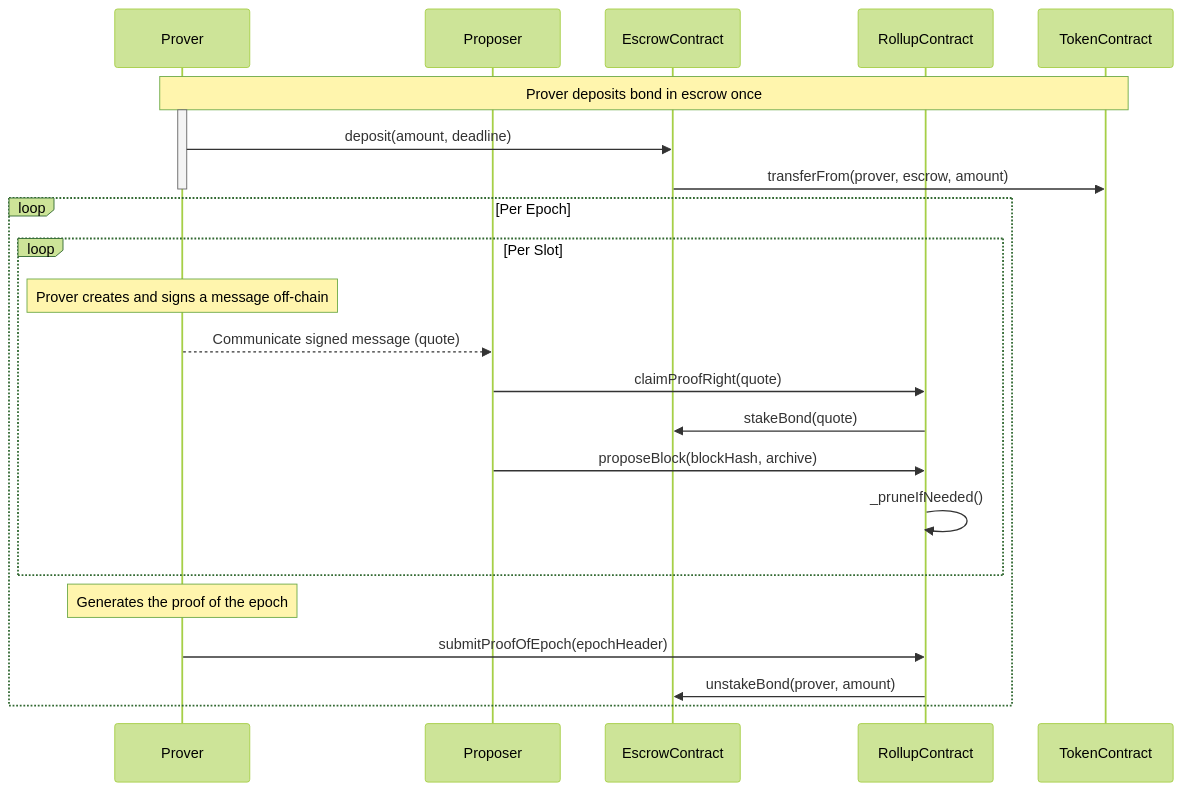
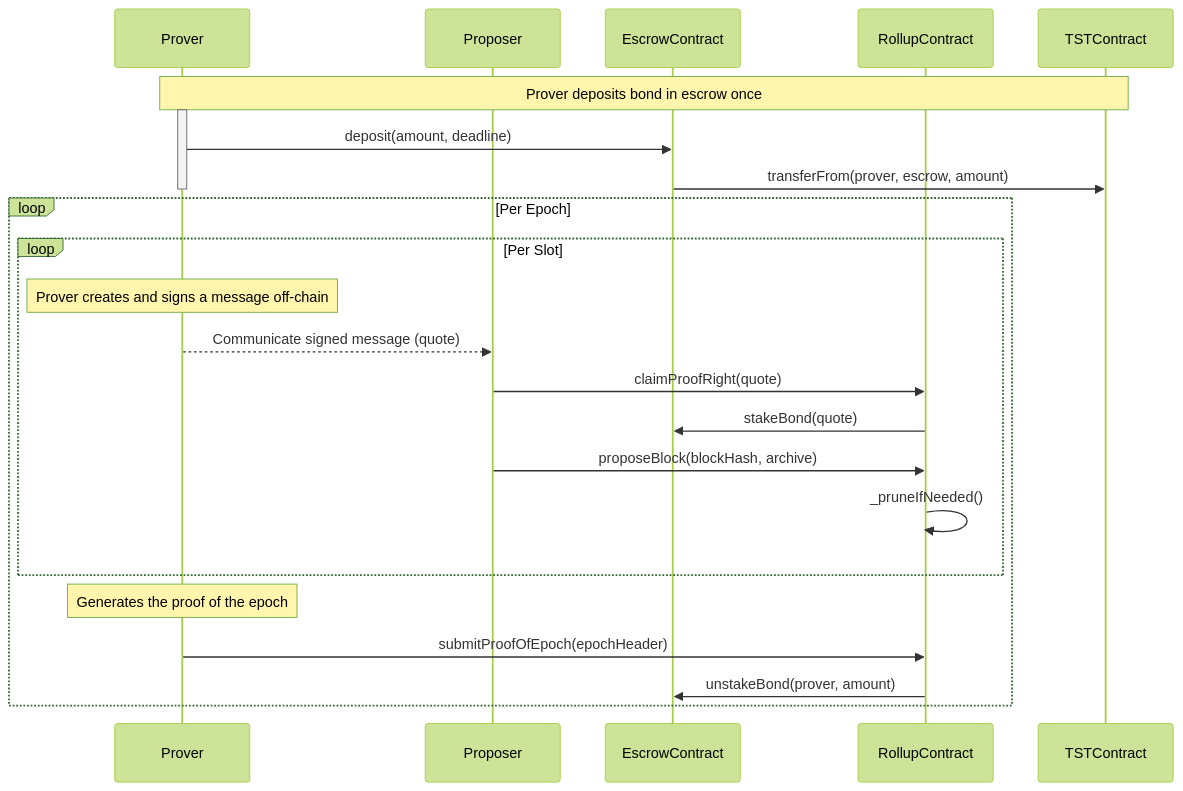
One commit to AztecProtocol/engineering-designs changed the diagram in in-progress/8401-proof-timeliness/design.md. Above: the diagram before and after it, drawn with Mermaid (forest theme). The commit also changed other lines of this file and 4 other files, not shown here.

````diff
--- a/in-progress/8401-proof-timeliness/design.md
+++ b/in-progress/8401-proof-timeliness/design.md
@@ -63,33 +63,33 @@
 ```mermaid
 sequenceDiagram
     participant Prover
     participant Proposer
     participant EscrowContract
     participant RollupContract
-    participant TokenContract
+    participant TSTContract
 
-    Note over Prover,TokenContract: Prover deposits bond in escrow once
+    Note over Prover,TSTContract: Prover deposits bond in escrow once
 
     activate Prover
     Prover->>EscrowContract: deposit(amount, deadline)
-    EscrowContract->>TokenContract: transferFrom(prover, escrow, amount)
+    EscrowContract->>TSTContract: transferFrom(prover, escrow, amount)
     deactivate Prover
     
     loop Per Epoch
         loop Per Slot
             Note over Prover: Prover creates and signs a message off-chain
             Prover-->>Proposer: Communicate signed message (quote)
     
             Proposer->>RollupContract: claimProofRight(quote)
             RollupContract->>EscrowContract: stakeBond(quote)
 
             Proposer->>RollupContract: proposeBlock(blockHash, archive)
             RollupContract->>RollupContract: _pruneIfNeeded()
         end
     
         Note over Prover: Generates the proof of the epoch
         Prover->>RollupContract: submitProofOfEpoch(epochHeader)
         RollupContract->>EscrowContract: unstakeBond(prover, amount)
     end
     
 ```
````
